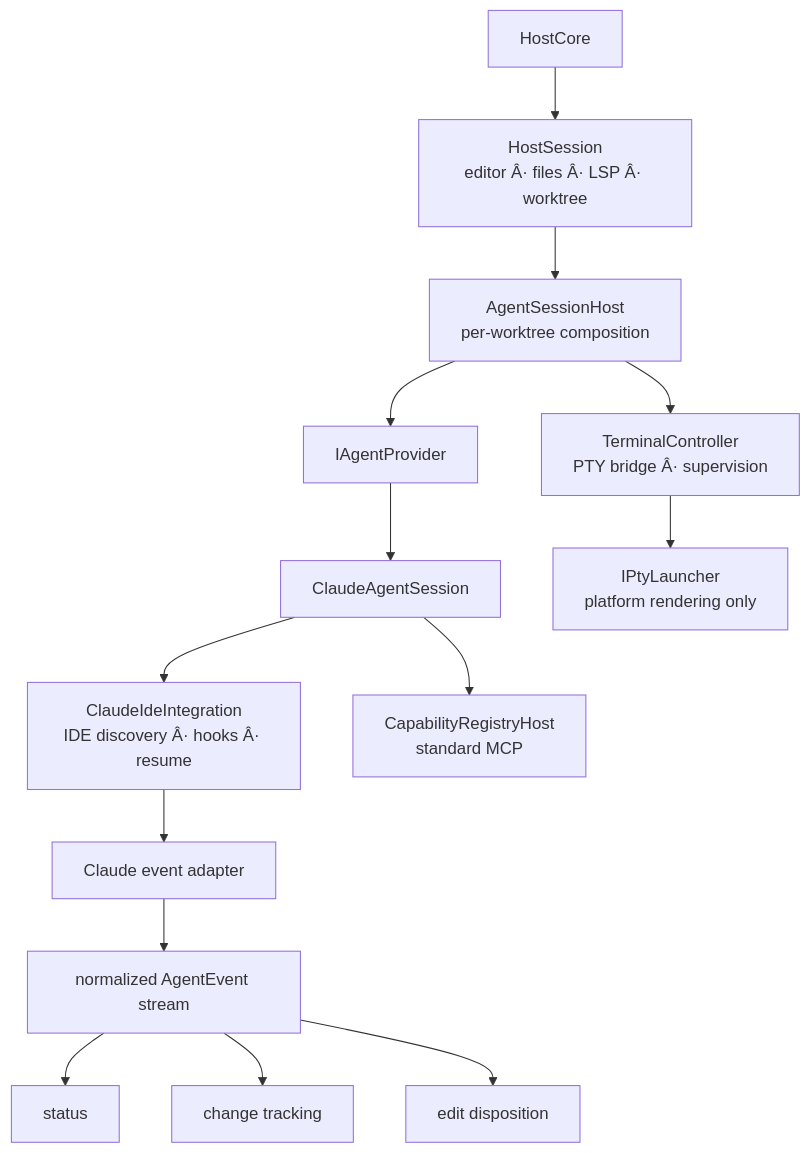
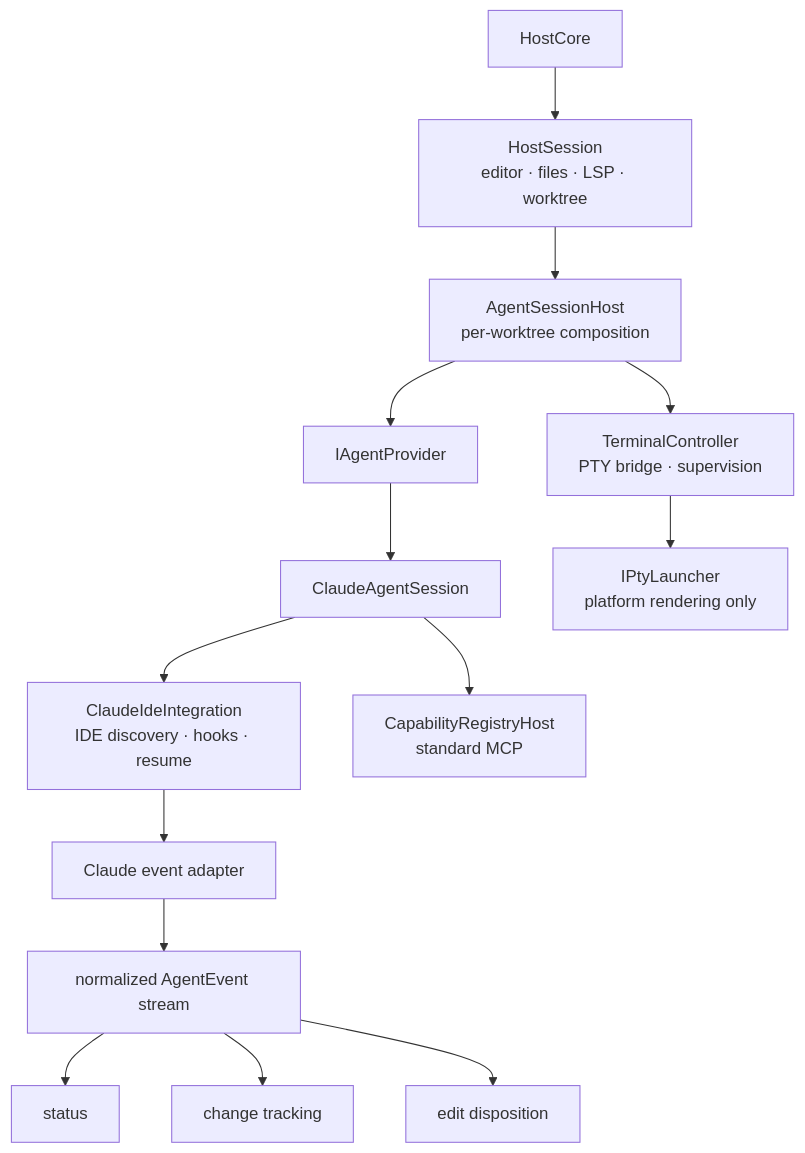
The diagram in docs/specs/agent-provider-abstraction.md (Kapps/weavie), drawn with Mermaid before and after one commit. The commit also changed other lines of this file and 6 other files, not shown here.

````diff
--- a/docs/specs/agent-provider-abstraction.md
+++ b/docs/specs/agent-provider-abstraction.md
@@ -77,16 +77,16 @@
 ```mermaid
 flowchart TB
-    HC["HostCore"] --> HS["HostSession<br/>editor Â· files Â· LSP Â· worktree"]
+    HC["HostCore"] --> HS["HostSession<br/>editor · files · LSP · worktree"]
     HS --> AH["AgentSessionHost<br/>per-worktree composition"]
     AH --> P["IAgentProvider"]
     P --> C["ClaudeAgentSession"]
-    AH --> T["TerminalController<br/>PTY bridge Â· supervision"]
+    AH --> T["TerminalController<br/>PTY bridge · supervision"]
     T --> PL["IPtyLauncher<br/>platform rendering only"]
-    C --> CI["ClaudeIdeIntegration<br/>IDE discovery Â· hooks Â· resume"]
+    C --> CI["ClaudeIdeIntegration<br/>IDE discovery · hooks · resume"]
     C --> CR["CapabilityRegistryHost<br/>standard MCP"]
     CI --> EA["Claude event adapter"]
     EA --> E["normalized AgentEvent stream"]
     E --> ST["status"]
     E --> CT["change tracking"]
     E --> PM["edit disposition"]
 ```
````
